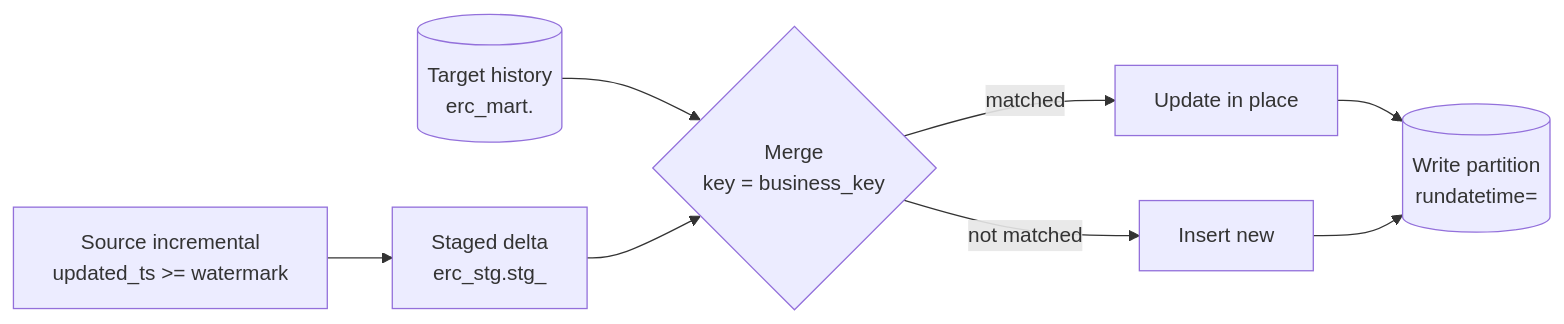
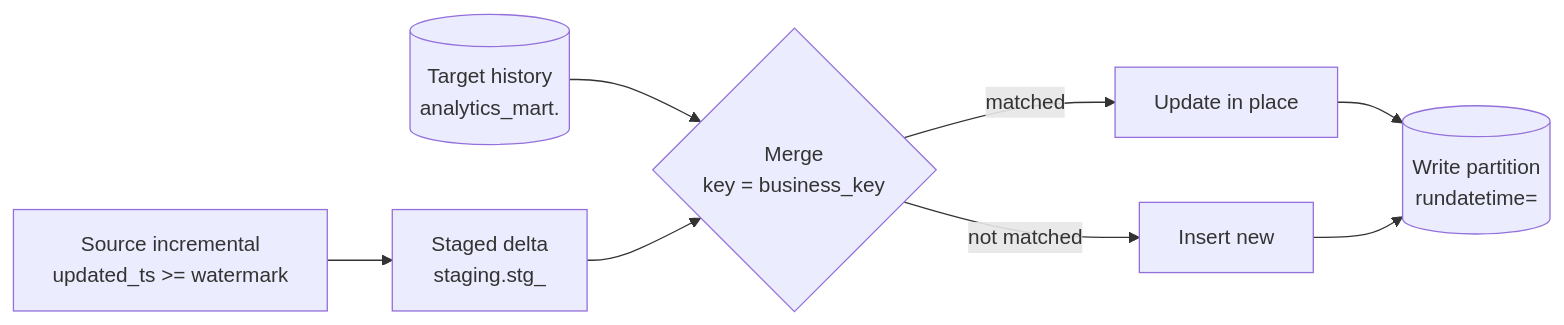
Before and after one commit to sharath-dataengineer/enterprise-data-foundation: the third of 5 diagrams in architecture.md, drawn with Mermaid. The commit also changed other lines of this file and 15 other files, not shown here.

Commit message:
Remove internal file extensions (.ssp, .adapt) and anonymize all table/schema names

````diff
--- a/architecture.md
+++ b/architecture.md
@@ -113,9 +113,9 @@
 ```mermaid
 flowchart LR
-    SRC[Source incremental<br/>updated_ts >= watermark] --> STG[Staged delta<br/>erc_stg.stg_<table>]
-    TGT[(Target history<br/>erc_mart.<table>)] --> MRG{Merge<br/>key = business_key}
+    SRC[Source incremental<br/>updated_ts >= watermark] --> STG[Staged delta<br/>staging.stg_<table>]
+    TGT[(Target history<br/>analytics_mart.<table>)] --> MRG{Merge<br/>key = business_key}
     STG --> MRG
     MRG -->|matched| UPD[Update in place]
     MRG -->|not matched| INS[Insert new]
     UPD & INS --> OUT[(Write partition<br/>rundatetime=<ts>)]
 ```
````
